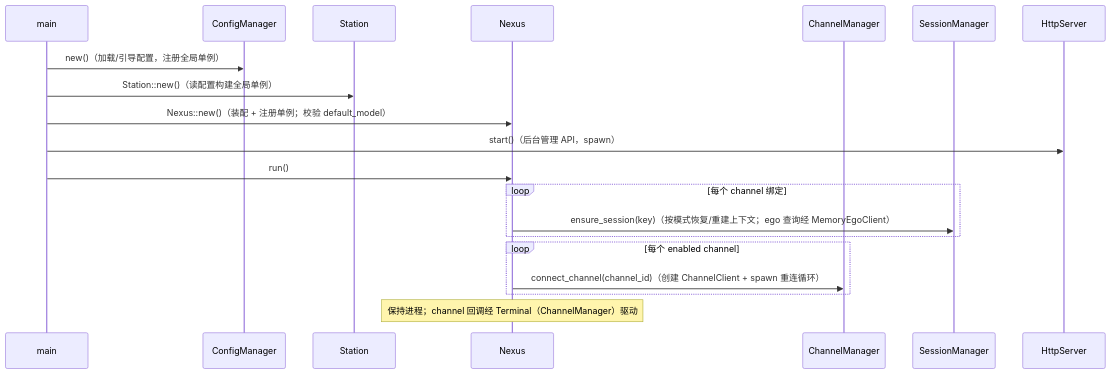
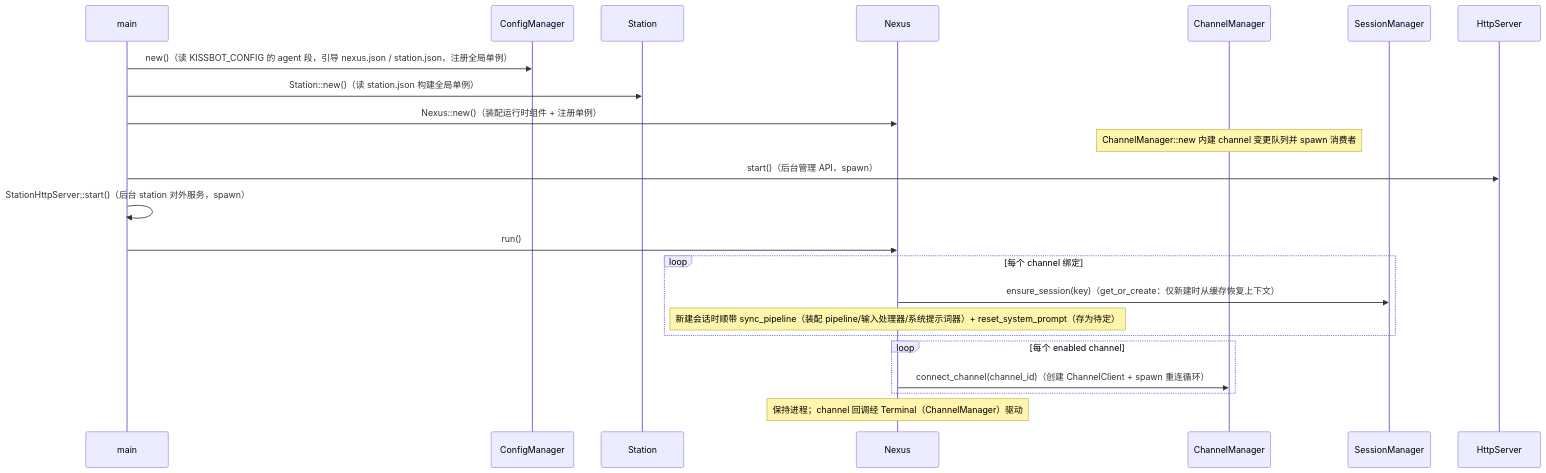
One commit to coldcloude/kissbot changed the second of 5 diagrams in docs/spec/agent-modules.md. Above: the diagram before and after it, drawn with Mermaid. The commit also changed other lines of this file and 16 other files, not shown here.

````diff
--- a/docs/spec/agent-modules.md
+++ b/docs/spec/agent-modules.md
@@ -90,23 +99,26 @@
 ```mermaid
 sequenceDiagram
     participant main
     participant CFG as ConfigManager
     participant ST as Station
     participant CO as Nexus
     participant CHM as ChannelManager
     participant SM as SessionManager
     participant HS as HttpServer
 
-    main->>CFG: new()（加载/引导配置，注册全局单例）
-    main->>ST: Station::new()（读配置构建全局单例）
-    main->>CO: Nexus::new()（装配 + 注册单例；校验 default_model）
+    main->>CFG: new()（读 KISSBOT_CONFIG 的 agent 段，引导 nexus.json / station.json，注册全局单例）
+    main->>ST: Station::new()（读 station.json 构建全局单例）
+    main->>CO: Nexus::new()（装配运行时组件 + 注册单例）
+    Note over CHM: ChannelManager::new 内建 channel 变更队列并 spawn 消费者
     main->>HS: start()（后台管理 API，spawn）
+    main->>main: StationHttpServer::start()（后台 station 对外服务，spawn）
     main->>CO: run()
     loop 每个 channel 绑定
-        CO->>SM: ensure_session(key)（按模式恢复/重建上下文；ego 查询经 MemoryEgoClient）
+        CO->>SM: ensure_session(key)（get_or_create：仅新建时从缓存恢复上下文）
+        Note over CO: 新建会话时顺带 sync_pipeline（装配 pipeline/输入处理器/系统提示词器）+ reset_system_prompt（存为待定）
     end
     loop 每个 enabled channel
         CO->>CHM: connect_channel(channel_id)（创建 ChannelClient + spawn 重连循环）
     end
     Note over CO: 保持进程；channel 回调经 Terminal（ChannelManager）驱动
 ```
````
